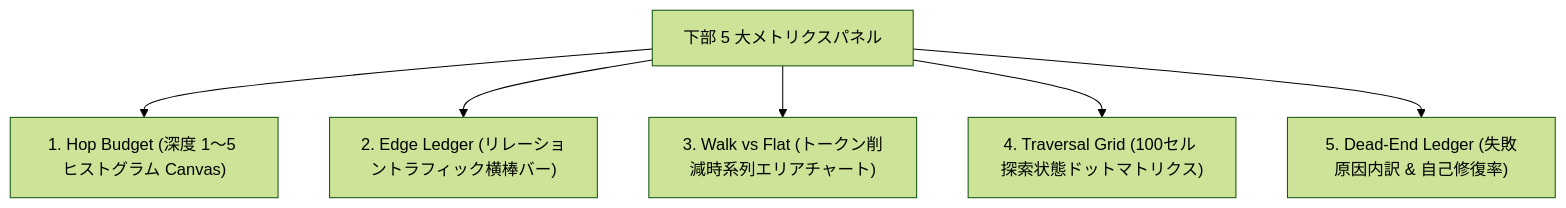
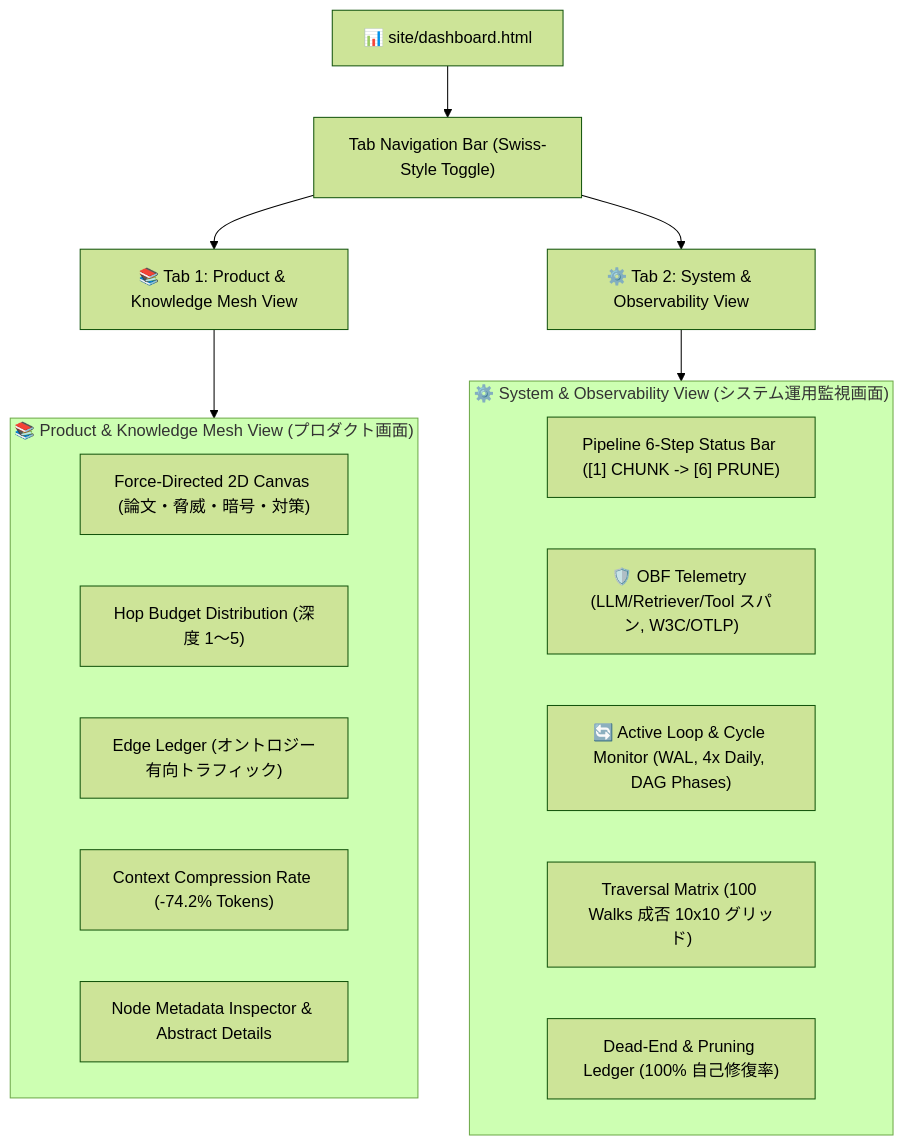
The second of 2 diagrams in docs/designs/DSN-14-graph_engineering_dashboard.md (rokujyouhitoma/arxiv-security-papers), drawn with Mermaid (forest theme) before and after one commit. The commit also changed other lines of this file and 3 other files, not shown here.

First line of the commit message:
feat(dashboard): split product knowledge mesh and system observability into tabbed views (DSN-14)

````diff
--- a/docs/designs/DSN-14-graph_engineering_dashboard.md
+++ b/docs/designs/DSN-14-graph_engineering_dashboard.md
@@ -443,8 +244,27 @@
 ```mermaid
 graph TD
-    M["下部 5 大メトリクスパネル"] --> P1["1. Hop Budget (深度 1〜5 ヒストグラム Canvas)"]
-    M --> P2["2. Edge Ledger (リレーショントラフィック横棒バー)"]
-    M --> P3["3. Walk vs Flat (トークン削減時系列エリアチャート)"]
-    M --> P4["4. Traversal Grid (100セル 探索状態ドットマトリクス)"]
-    M --> P5["5. Dead-End Ledger (失敗原因内訳 & 自己修復率)"]
+    Dashboard["📊 site/dashboard.html"]
+    Dashboard --> Nav["Tab Navigation Bar (Swiss-Style Toggle)"]
+    
+    Nav --> Tab1["📚 Tab 1: Product & Knowledge Mesh View"]
+    Nav --> Tab2["⚙️ Tab 2: System & Observability View"]
+    
+    subgraph Tab1Details ["📚 Product & Knowledge Mesh View (プロダクト画面)"]
+        Canvas["Force-Directed 2D Canvas (論文・脅威・暗号・対策)"]
+        HopBudget["Hop Budget Distribution (深度 1〜5)"]
+        EdgeLedger["Edge Ledger (オントロジー有向トラフィック)"]
+        TokenSavings["Context Compression Rate (-74.2% Tokens)"]
+        Callout["Node Metadata Inspector & Abstract Details"]
+    end
+    
+    subgraph Tab2Details ["⚙️ System & Observability View (システム運用監視画面)"]
+        PipelineBar["Pipeline 6-Step Status Bar ([1] CHUNK -> [6] PRUNE)"]
+        OBF["🛡️ OBF Telemetry (LLM/Retriever/Tool スパン, W3C/OTLP)"]
+        LoopMon["🔄 Active Loop & Cycle Monitor (WAL, 4x Daily, DAG Phases)"]
+        Matrix["Traversal Matrix (100 Walks 成否 10x10 グリッド)"]
+        DeadEnd["Dead-End & Pruning Ledger (100% 自己修復率)"]
+    end
+
+    Tab1 --> Tab1Details
+    Tab2 --> Tab2Details
 ```
````
